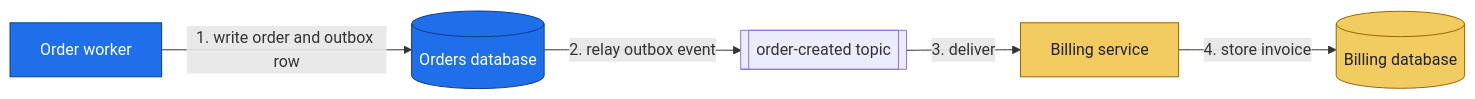
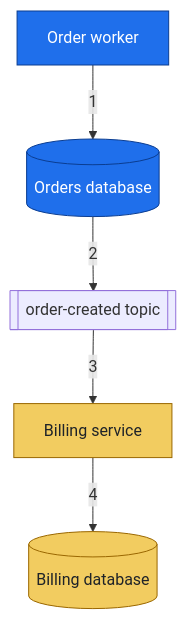
One commit to tj-agents/core changed the diagram in .agents/docs/convention/diagram/SKILL.md. Above: the diagram before and after it, drawn with Mermaid. The commit also changed other lines of this file, not shown here.

First line of the commit message:
Keep docs:diagram output readable at page width

````diff
--- a/.agents/docs/convention/diagram/SKILL.md
+++ b/.agents/docs/convention/diagram/SKILL.md
@@ -44,9 +49,9 @@
 ```mermaid
-flowchart LR
-    W[Order worker]:::ours -->|1. write order and outbox row| DB[(Orders database)]:::ours
-    DB -->|2. relay outbox event| T[[order-created topic]]
-    T -->|3. deliver| B[Billing service]:::theirs
-    B -->|4. store invoice| IDB[(Billing database)]:::theirs
+flowchart TB
+    W[Order worker]:::ours -->|1| DB[(Orders database)]:::ours
+    DB -->|2| T[[order-created topic]]
+    T -->|3| B[Billing service]:::theirs
+    B -->|4| IDB[(Billing database)]:::theirs
     classDef ours fill:#1F6FEB,stroke:#0B3D91,color:#FFFFFF
     classDef theirs fill:#F2CC60,stroke:#9A6700,color:#1F2328
 ```
````
